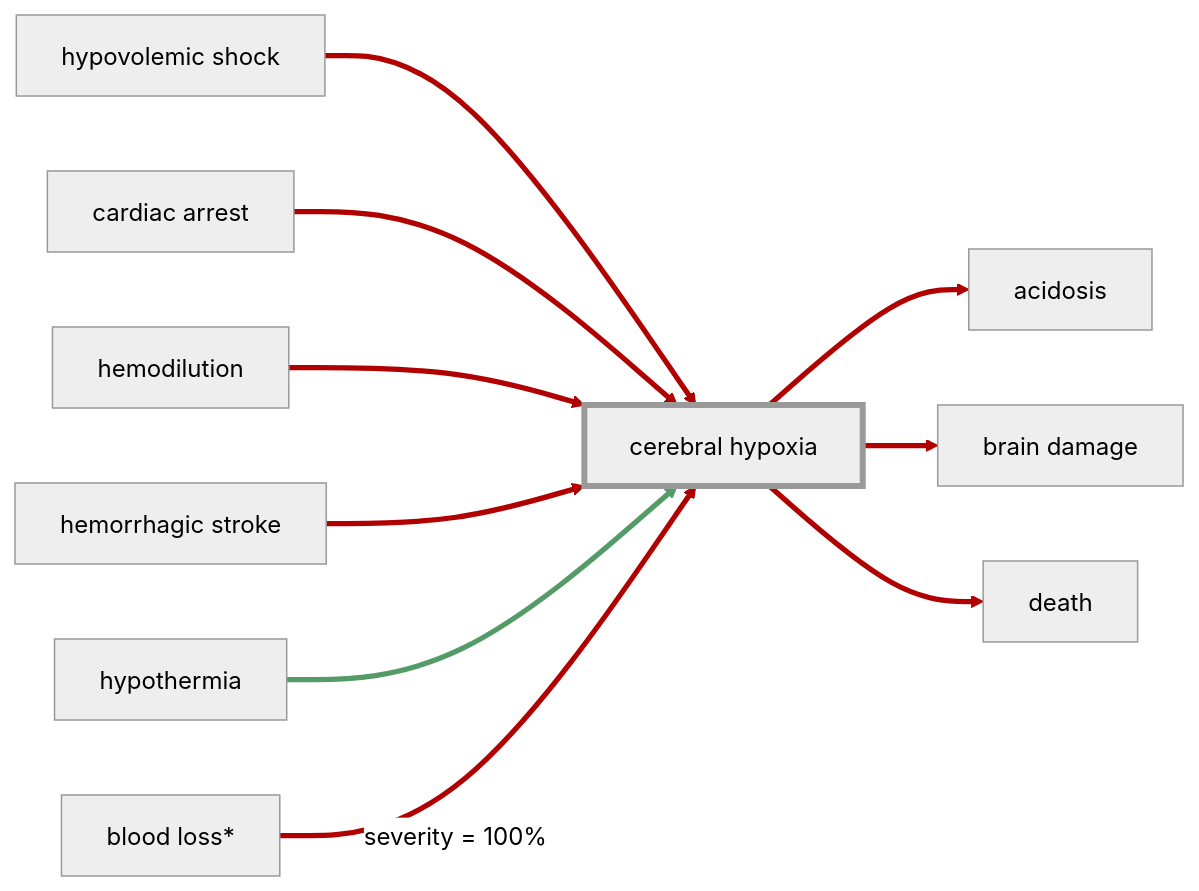
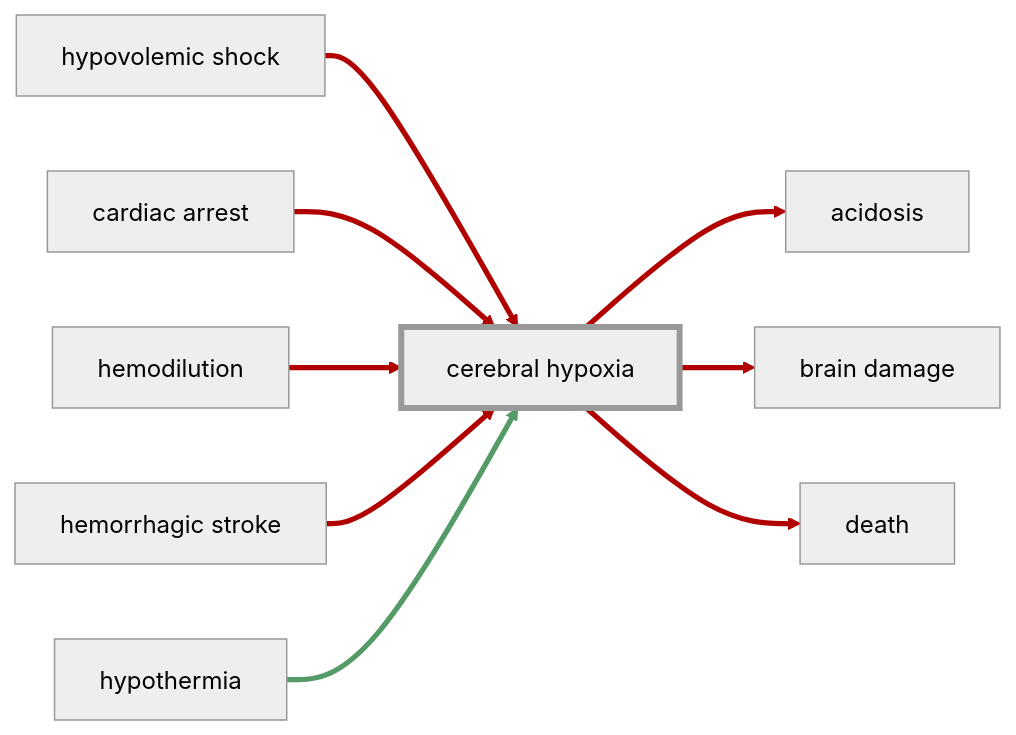
The second of 2 diagrams in docs/wiki/injuries/hypoxia.md (TkabRft/rimworld-more-injuries), drawn with Mermaid (neutral theme) before and after one commit. The commit also changed other lines of this file and 27 other files, not shown here.

````diff
--- a/docs/wiki/injuries/hypoxia.md
+++ b/docs/wiki/injuries/hypoxia.md
@@ -53,21 +51,20 @@
 ```mermaid
 ---
 config:
   flowchart:
     htmlLabels: true
 ---
 flowchart LR
   hypovolemic_shock[hypovolemic shock] ==> hypoxia["cerebral hypoxia"]
   cardiac_arrest[cardiac arrest] ==> hypoxia
   hemodilution[hemodilution] ==> hypoxia
   hemorrhagic_stroke[hemorrhagic stroke] ==> hypoxia
   hypothermia[hypothermia] ==> hypoxia
-  blood_loss[blood loss*] ==> | severity = 100% | hypoxia
   hypoxia ==> acidosis[acidosis]
   hypoxia ==> brain_damage[brain damage]
   hypoxia ==> death[death]
 
-  linkStyle 0,1,2,3,5,6,7,8 stroke: #b10000
+  linkStyle 0,1,2,3,5,6,7 stroke: #b10000
   linkStyle 4 stroke: #549b68
   style hypoxia stroke-width: 4px
 ```
````
